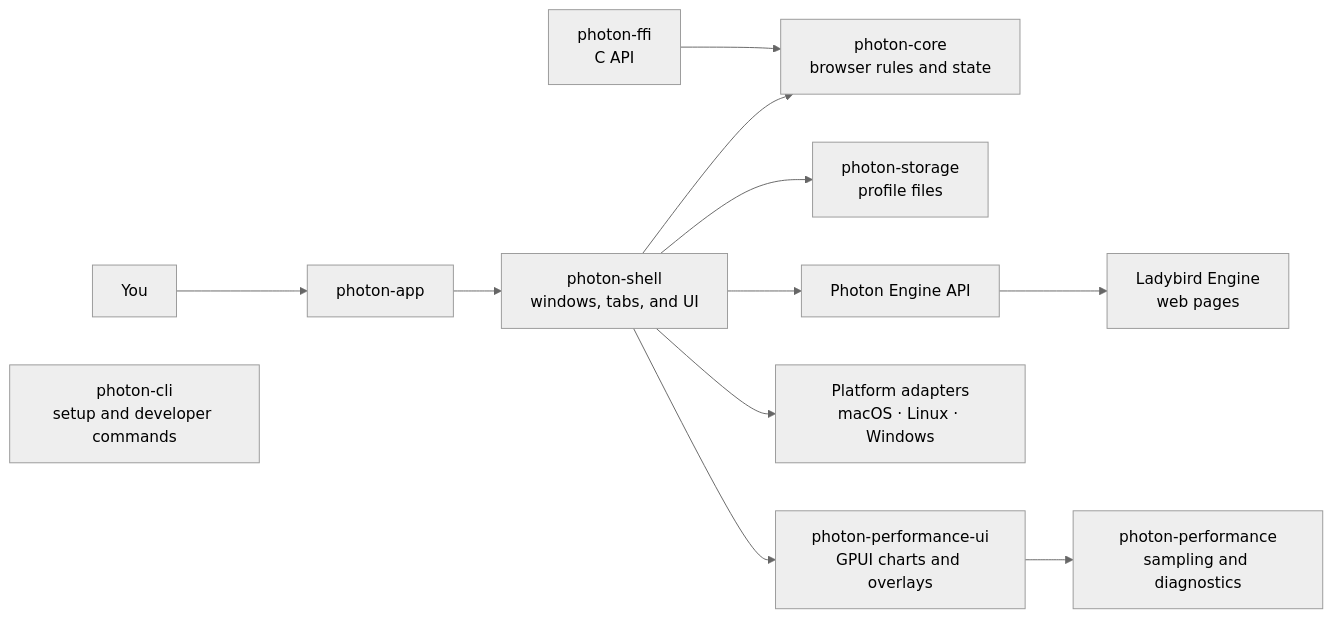
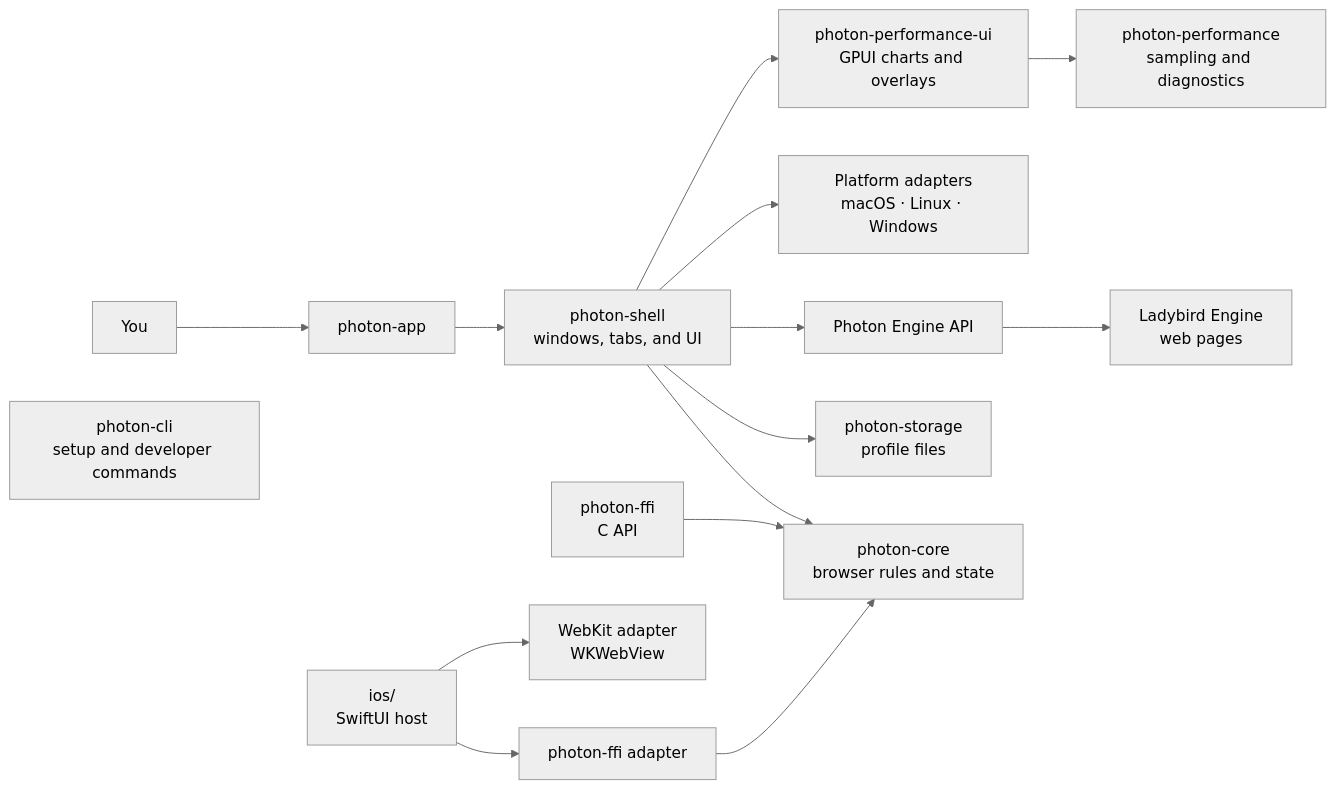
One commit to PhotonBrowser/photon changed the diagram in README.md. Above: the diagram before and after it, drawn with Mermaid (neutral theme). The commit also changed other lines of this file and 2 other files, not shown here.

````diff
--- a/README.md
+++ b/README.md
@@ -53,14 +53,17 @@
 ```mermaid
 flowchart LR
     User[You] --> App[photon-app]
     App --> Shell[photon-shell<br/>windows, tabs, and UI]
     Shell --> Core[photon-core<br/>browser rules and state]
     Shell --> Storage[photon-storage<br/>profile files]
     Shell --> Embedder[Photon Engine API]
     Embedder --> Engine[Ladybird Engine<br/>web pages]
     Shell --> Platform[Platform adapters<br/>macOS · Linux · Windows]
     Shell --> PerfUI[photon-performance-ui<br/>GPUI charts and overlays]
     PerfUI --> Perf[photon-performance<br/>sampling and diagnostics]
     FFI[photon-ffi<br/>C API] --> Core
     CLI[photon-cli<br/>setup and developer commands]
+    IOS[ios/<br/>SwiftUI host] --> IOSFFI[photon-ffi adapter]
+    IOS --> IOSWebKit[WebKit adapter<br/>WKWebView]
+    IOSFFI --> Core
 ```
````
